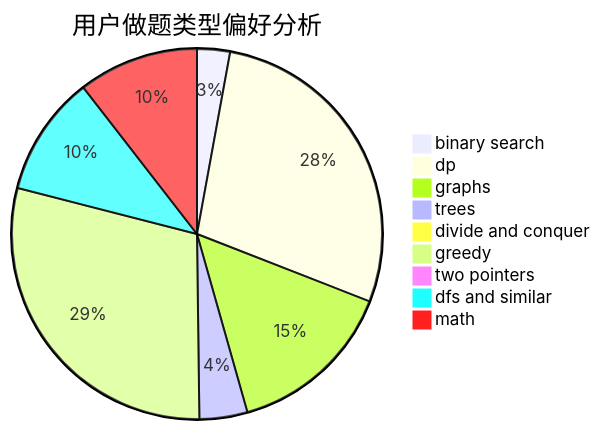
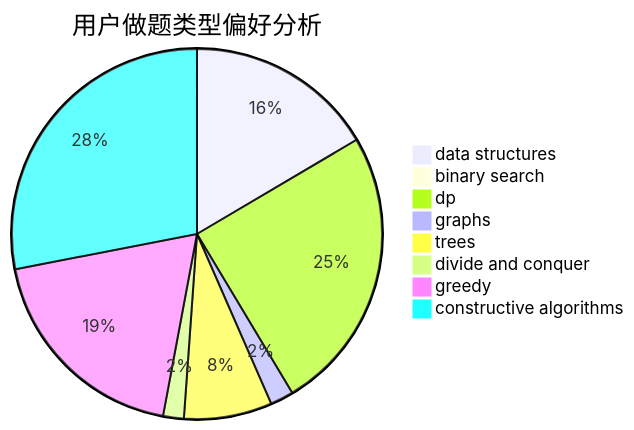
One commit to sherpahu/cfrs.github.io changed the second of 3 diagrams in docs/user/u1178.md. Above: the diagram before and after it, drawn with Mermaid. The commit also changed other lines of this file and 2775 other files, not shown here.

````diff
--- a/docs/user/u1178.md
+++ b/docs/user/u1178.md
@@ -23,12 +23,11 @@
 ```mermaid
 pie title 用户做题类型偏好分析
-    "binary search" :  35
-    "dp" :  342
-    "graphs" :  179
-    "trees" :  51
+    "data structures" :  73
+    "binary search" :  1
+    "dp" :  110
+    "graphs" :  9
+    "trees" :  34
     "divide and conquer" :  8
-    "greedy" :  356
-    "two pointers" :  0
-    "dfs and similar" :  128
-    "math" :  128
+    "greedy" :  84
+    "constructive algorithms" :  124
 ```
````
